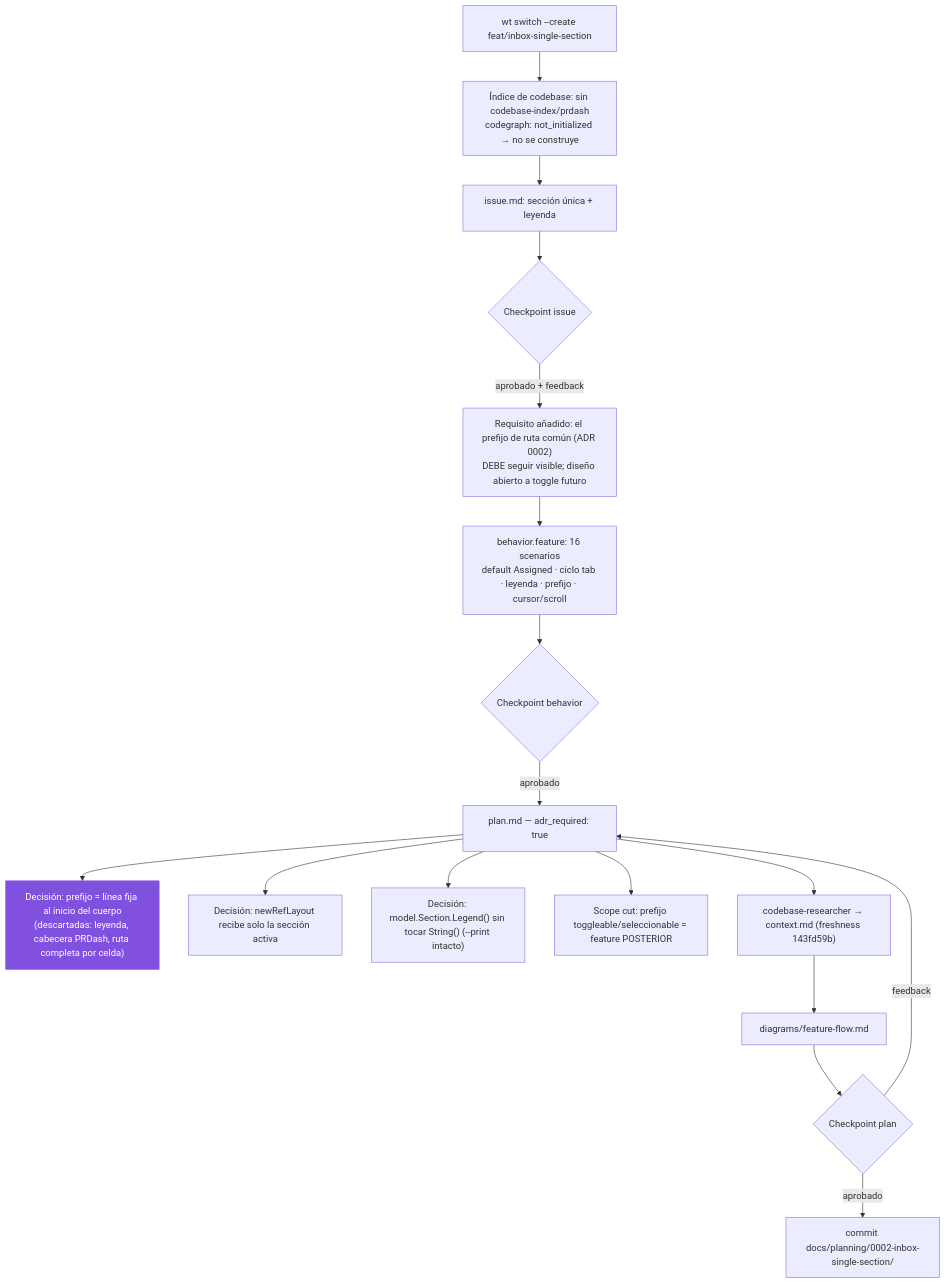
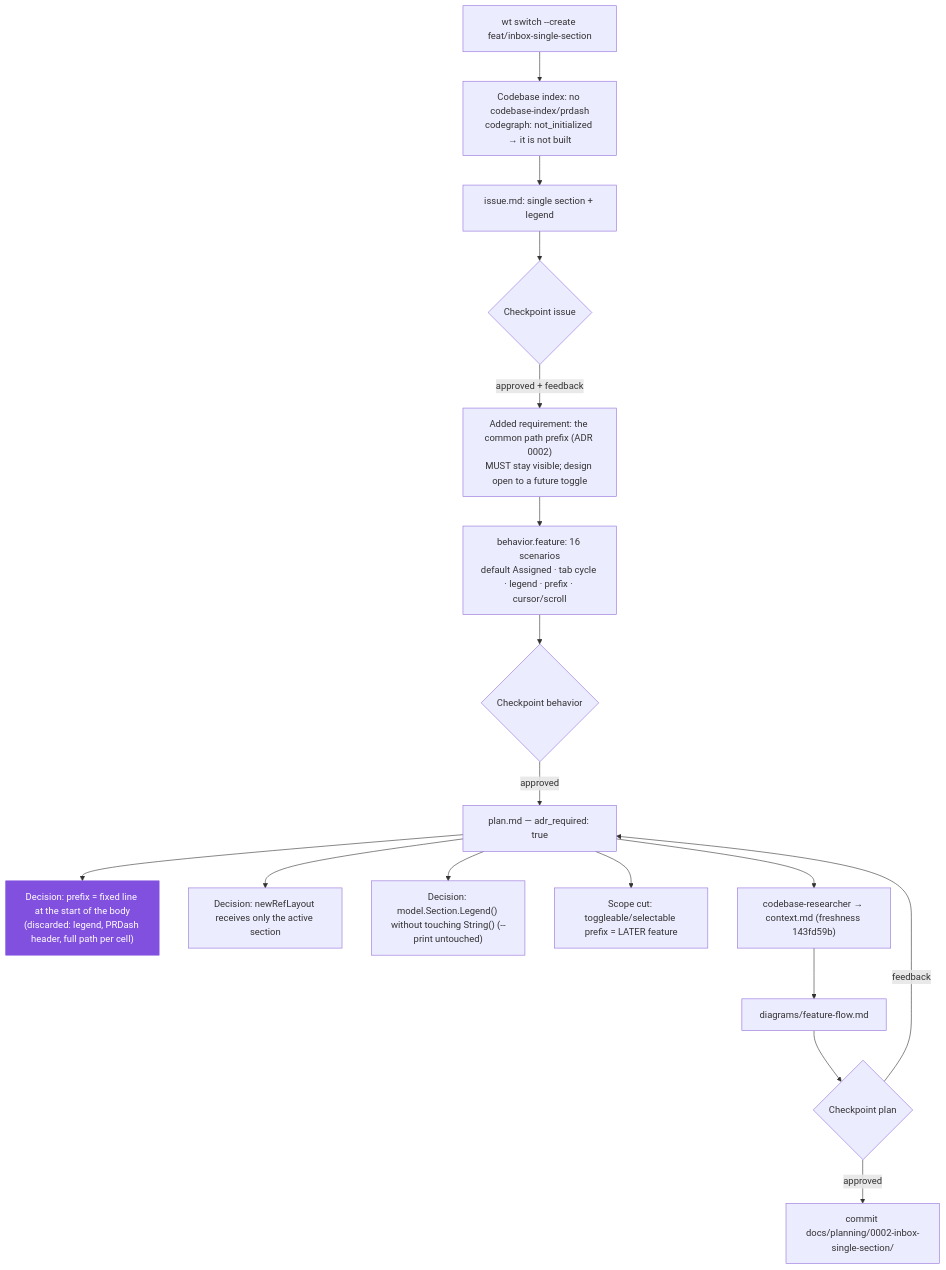
The diagram in docs/planning/archive/0002-inbox-single-section/diagrams/process-flow.md (Sovengar/prdash), drawn with Mermaid before and after one commit. The commit also changed other lines of this file and 331 other files, not shown here.

````diff
--- a/docs/planning/archive/0002-inbox-single-section/diagrams/process-flow.md
+++ b/docs/planning/archive/0002-inbox-single-section/diagrams/process-flow.md
@@ -6,22 +6,22 @@
 ```mermaid
 flowchart TD
-  W["wt switch --create feat/inbox-single-section"] --> Idx["Índice de codebase: sin codebase-index/prdash<br/>codegraph: not_initialized → no se construye"]
-  Idx --> Iss["issue.md: sección única + leyenda"]
+  W["wt switch --create feat/inbox-single-section"] --> Idx["Codebase index: no codebase-index/prdash<br/>codegraph: not_initialized → it is not built"]
+  Idx --> Iss["issue.md: single section + legend"]
   Iss --> CP1{"Checkpoint issue"}
-  CP1 -->|aprobado + feedback| FB["Requisito añadido: el prefijo de ruta común (ADR 0002)<br/>DEBE seguir visible; diseño abierto a toggle futuro"]
-  FB --> Beh["behavior.feature: 16 scenarios<br/>default Assigned · ciclo tab · leyenda · prefijo · cursor/scroll"]
+  CP1 -->|approved + feedback| FB["Added requirement: the common path prefix (ADR 0002)<br/>MUST stay visible; design open to a future toggle"]
+  FB --> Beh["behavior.feature: 16 scenarios<br/>default Assigned · tab cycle · legend · prefix · cursor/scroll"]
   Beh --> CP2{"Checkpoint behavior"}
-  CP2 -->|aprobado| Plan["plan.md — adr_required: true"]
-  Plan --> Dec1["Decisión: prefijo = línea fija al inicio del cuerpo<br/>(descartadas: leyenda, cabecera PRDash, ruta completa por celda)"]
-  Plan --> Dec2["Decisión: newRefLayout recibe solo la sección activa"]
-  Plan --> Dec3["Decisión: model.Section.Legend() sin tocar String() (--print intacto)"]
-  Plan --> Cut["Scope cut: prefijo toggleable/seleccionable = feature POSTERIOR"]
+  CP2 -->|approved| Plan["plan.md — adr_required: true"]
+  Plan --> Dec1["Decision: prefix = fixed line at the start of the body<br/>(discarded: legend, PRDash header, full path per cell)"]
+  Plan --> Dec2["Decision: newRefLayout receives only the active section"]
+  Plan --> Dec3["Decision: model.Section.Legend() without touching String() (--print untouched)"]
+  Plan --> Cut["Scope cut: toggleable/selectable prefix = LATER feature"]
   Plan --> Ctx["codebase-researcher → context.md (freshness 143fd59b)"]
   Ctx --> Dia["diagrams/feature-flow.md"]
   Dia --> CP3{"Checkpoint plan"}
-  CP3 -->|aprobado| Done["commit docs/planning/0002-inbox-single-section/"]
+  CP3 -->|approved| Done["commit docs/planning/0002-inbox-single-section/"]
   CP3 -->|feedback| Plan
 
   classDef adr fill:#8250df,stroke:#8250df,color:#fff;
   class Dec1 adr;
 ```
````
